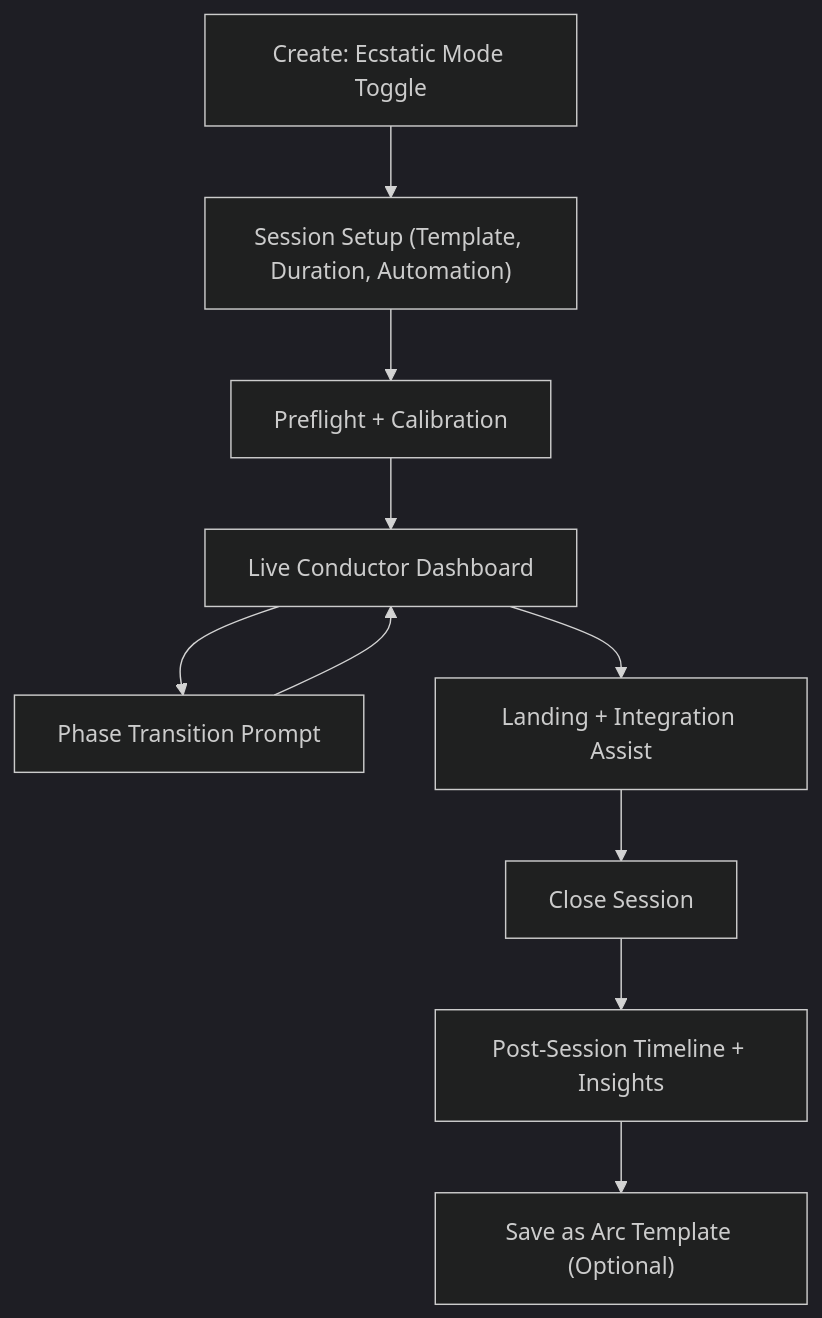
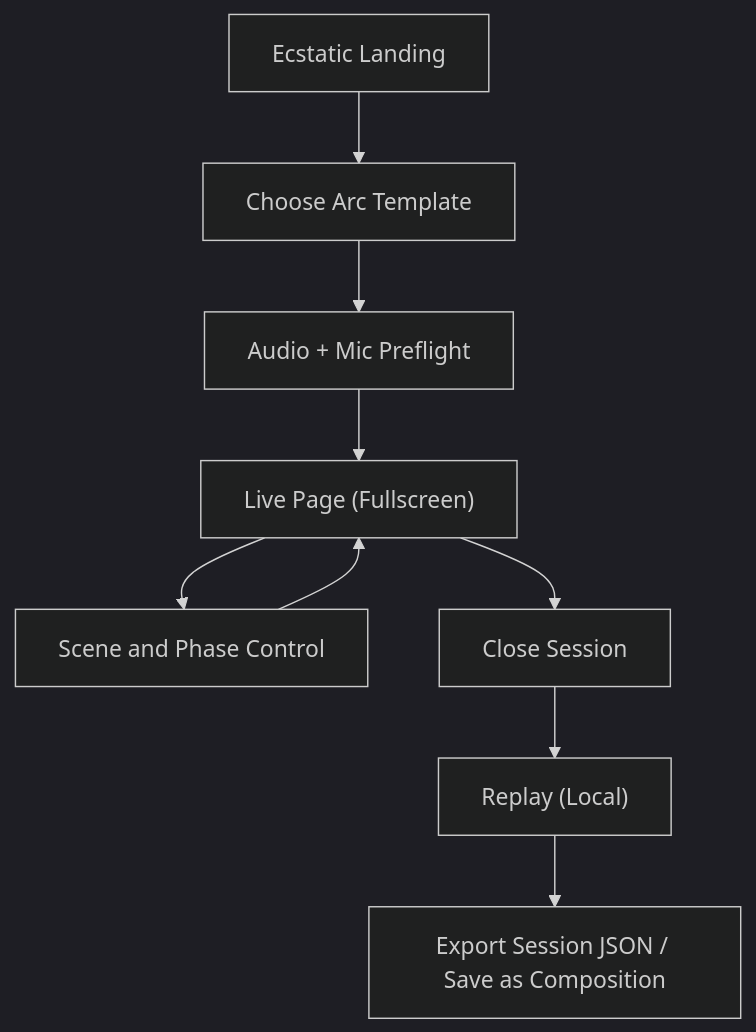
Before and after one commit to phamvuhoang/casual-games: the diagram in frequency-healing/docs/specs_ecstatic_dance.md, drawn with Mermaid (dark theme). The commit also changed other lines of this file and 21 other files, not shown here.

Commit message:
ecstatic dance mode

````diff
--- a/frequency-healing/docs/specs_ecstatic_dance.md
+++ b/frequency-healing/docs/specs_ecstatic_dance.md
@@ -604,12 +88,11 @@
 ```mermaid
 flowchart TD
-  A["Create: Ecstatic Mode Toggle"] --> B["Session Setup (Template, Duration, Automation)"]
-  B --> C["Preflight + Calibration"]
-  C --> D["Live Conductor Dashboard"]
-  D --> E["Phase Transition Prompt"]
+  A["Ecstatic Landing"] --> B["Choose Arc Template"]
+  B --> C["Audio + Mic Preflight"]
+  C --> D["Live Page (Fullscreen)"]
+  D --> E["Scene and Phase Control"]
   E --> D
-  D --> F["Landing + Integration Assist"]
-  F --> G["Close Session"]
-  G --> H["Post-Session Timeline + Insights"]
-  H --> I["Save as Arc Template (Optional)"]
+  D --> F["Close Session"]
+  F --> G["Replay (Local)"]
+  G --> H["Export Session JSON / Save as Composition"]
 ```
````
